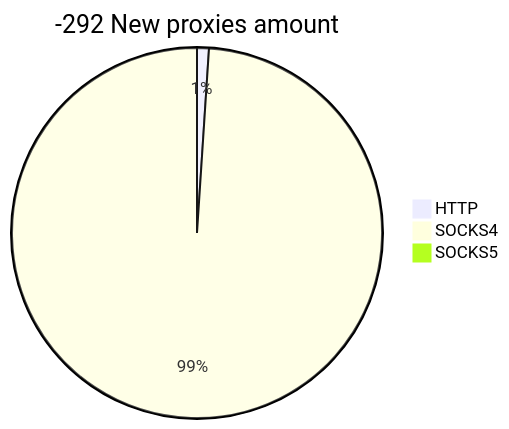
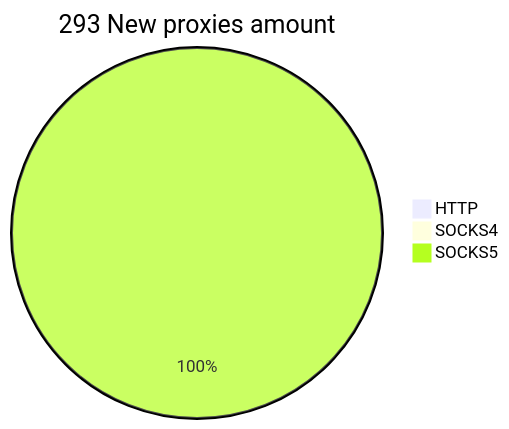
Before and after one commit to cutipu/proxylist: the second of 2 diagrams in README.md, drawn with Mermaid. The commit also changed other lines of this file, not shown here.

````diff
--- a/README.md
+++ b/README.md
@@ -10,6 +10,6 @@
 ```mermaid
-pie title -292 New proxies amount
-    "HTTP" : 7
-    "SOCKS4" : 670
-    "SOCKS5" : 0
+pie title 293 New proxies amount
+    "HTTP" : 0
+    "SOCKS4" : 0
+    "SOCKS5" : 986
 ```
````
